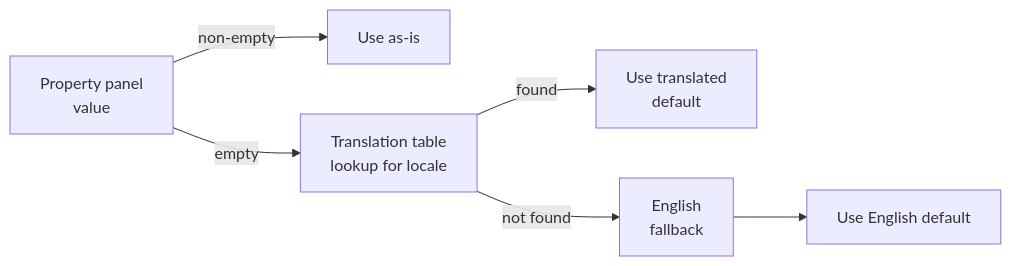
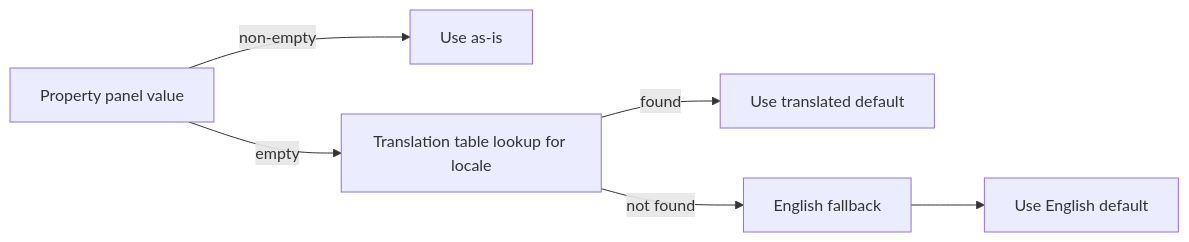
Before and after one commit to ptarmiganlabs/qs-help-button: the fifth of 5 diagrams in docs/multi-language.md, drawn with Mermaid. The commit also changed other lines of this file, not shown here.

````diff
--- a/docs/multi-language.md
+++ b/docs/multi-language.md
@@ -223,8 +224,8 @@
 ```mermaid
 flowchart LR
-    A["Property panel\nvalue"] -->|non-empty| USE_PP["Use as-is"]
-    A -->|empty| B["Translation table\nlookup for locale"]
-    B -->|found| USE_TR["Use translated\ndefault"]
-    B -->|not found| C["English\nfallback"]
+    A["Property panel value"] -->|non-empty| USE_PP["Use as-is"]
+    A -->|empty| B["Translation table lookup for locale"]
+    B -->|found| USE_TR["Use translated default"]
+    B -->|not found| C["English fallback"]
     C --> USE_EN["Use English default"]
 ```
````
